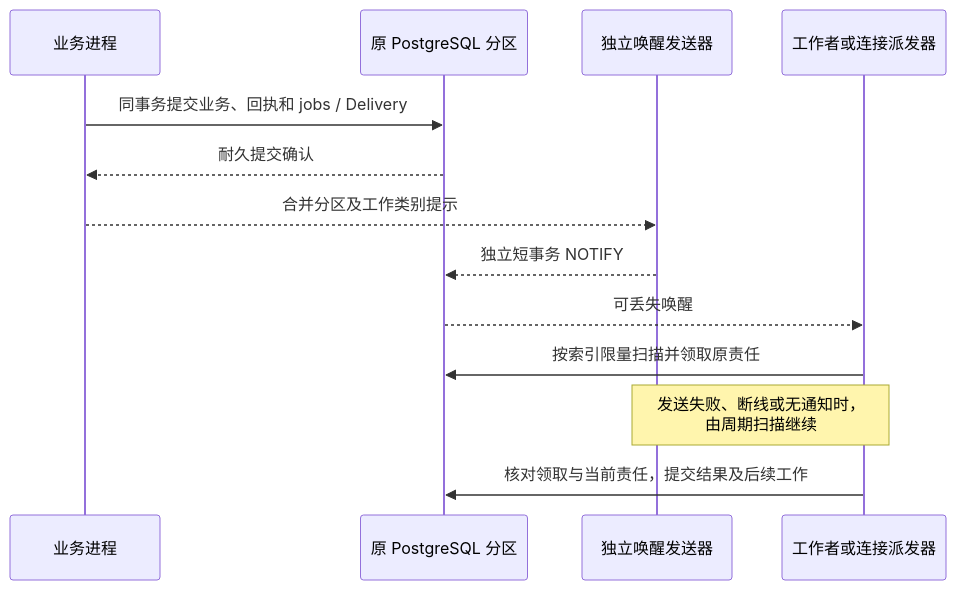
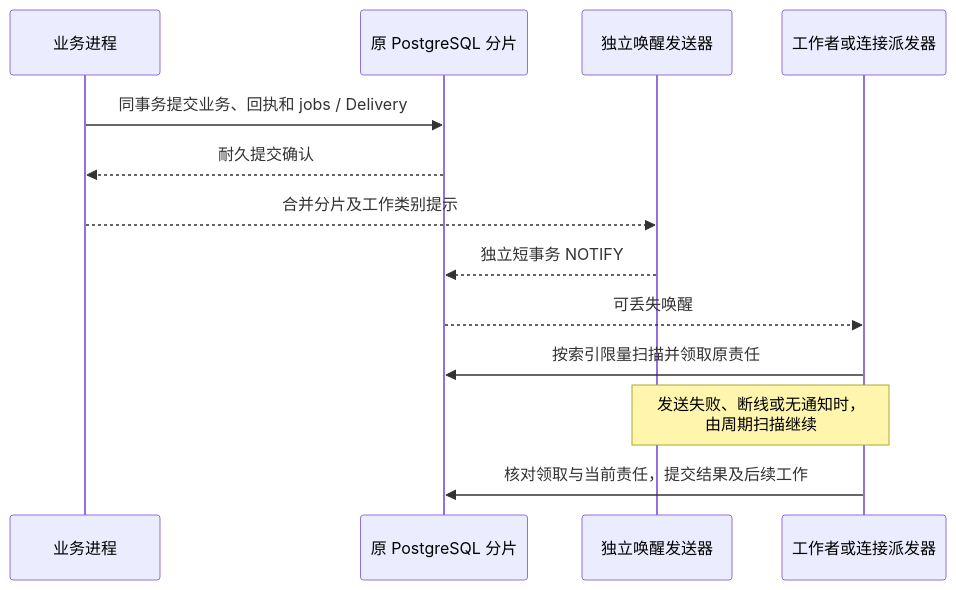
Before and after one commit to ruipengliu/lerna: the second of 4 diagrams in docs/architecture/storage-and-middleware.md, drawn with Mermaid. The commit also changed other lines of this file and 205 other files, not shown here.

Commit message:
docs: unify architecture terminology

````diff
--- a/docs/architecture/storage-and-middleware.md
+++ b/docs/architecture/storage-and-middleware.md
@@ -55,15 +55,15 @@
 ```mermaid
 sequenceDiagram
     participant A as 业务进程
-    participant D as 原 PostgreSQL 分区
+    participant D as 原 PostgreSQL 分片
     participant N as 独立唤醒发送器
     participant W as 工作者或连接派发器
     A->>D: 同事务提交业务、回执和 jobs / Delivery
     D-->>A: 耐久提交确认
-    A-->>N: 合并分区及工作类别提示
+    A-->>N: 合并分片及工作类别提示
     N-->>D: 独立短事务 NOTIFY
     D-->>W: 可丢失唤醒
     W->>D: 按索引限量扫描并领取原责任
     Note over N,W: 发送失败、断线或无通知时，<br/>由周期扫描继续
     W->>D: 核对领取与当前责任，提交结果及后续工作
 ```
````
